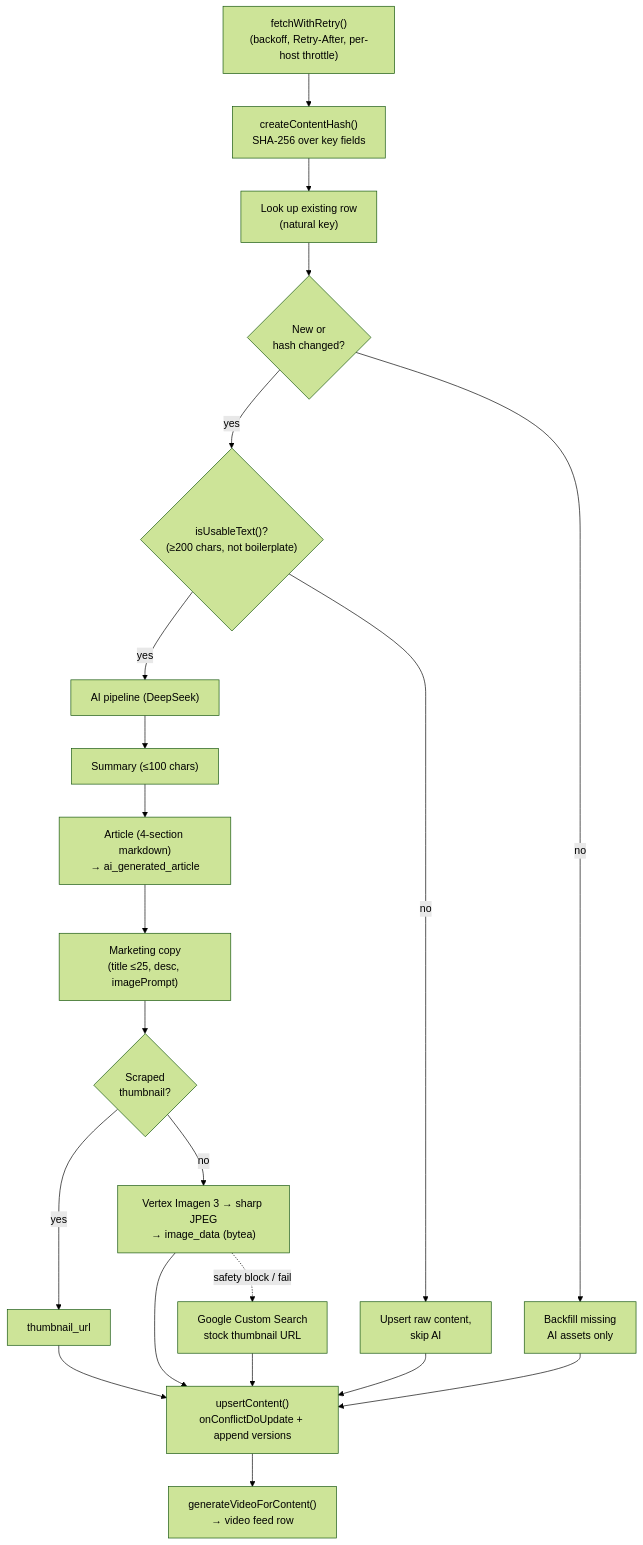
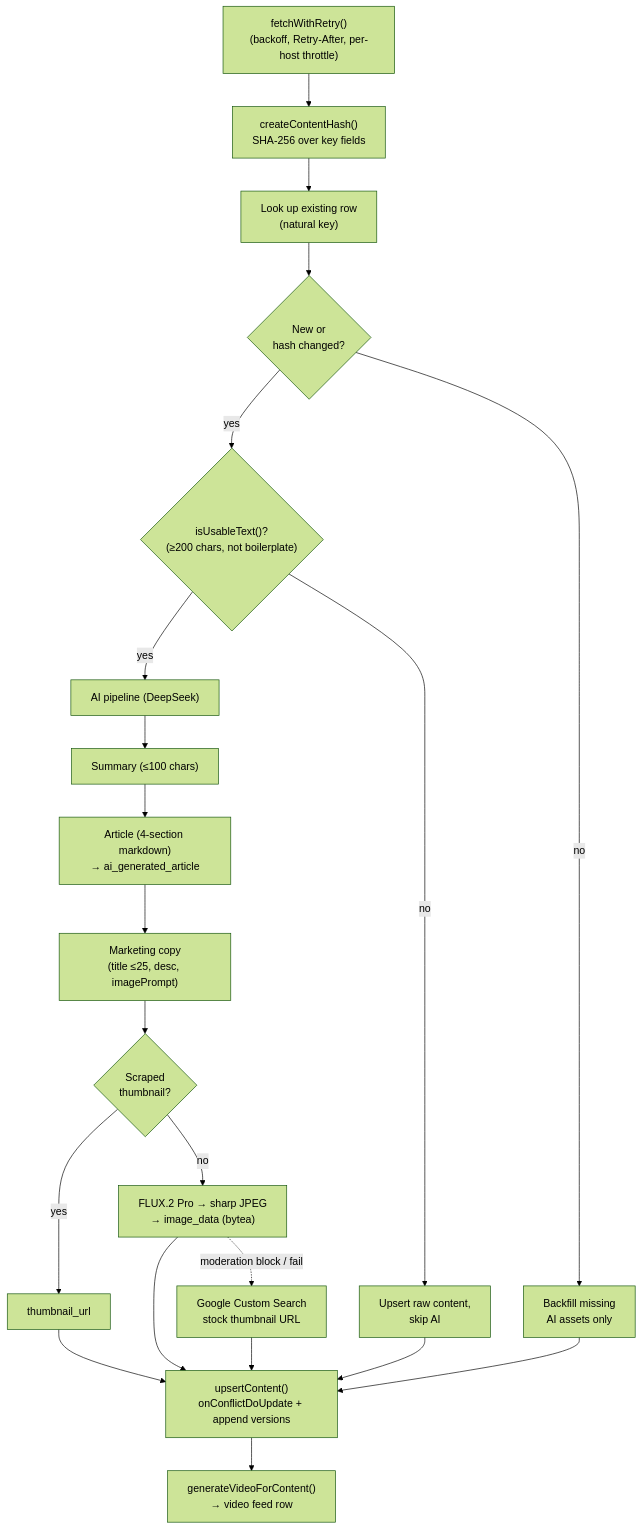
Before and after one commit to billion-app/billion: the diagram in docs/scraper.md, drawn with Mermaid (forest theme). The commit also changed other lines of this file and 1 other file, not shown here.

````diff
--- a/docs/scraper.md
+++ b/docs/scraper.md
@@ -53,27 +61,27 @@
 ```mermaid
 flowchart TD
     fetch["fetchWithRetry()<br/>(backoff, Retry-After, per-host throttle)"] --> hash["createContentHash()<br/>SHA-256 over key fields"]
     hash --> lookup["Look up existing row<br/>(natural key)"]
     lookup --> changed{"New or<br/>hash changed?"}
 
     changed -->|no| backfill["Backfill missing<br/>AI assets only"]
     changed -->|yes| usable{"isUsableText()?<br/>(≥200 chars, not boilerplate)"}
     usable -->|no| skipai["Upsert raw content,<br/>skip AI"]
     usable -->|yes| ai["AI pipeline (DeepSeek)"]
 
     ai --> summary["Summary (≤100 chars)"]
     summary --> article["Article (4-section markdown)<br/>→ ai_generated_article"]
     article --> marketing["Marketing copy<br/>(title ≤25, desc, imagePrompt)"]
     marketing --> img{"Scraped<br/>thumbnail?"}
 
     img -->|yes| thumburl["thumbnail_url"]
-    img -->|no| imagen["Vertex Imagen 3 → sharp JPEG<br/>→ image_data (bytea)"]
-    imagen -.->|safety block / fail| stock["Google Custom Search<br/>stock thumbnail URL"]
+    img -->|no| flux["FLUX.2 Pro → sharp JPEG<br/>→ image_data (bytea)"]
+    flux -.->|moderation block / fail| stock["Google Custom Search<br/>stock thumbnail URL"]
 
     thumburl --> upsert["upsertContent()<br/>onConflictDoUpdate + append versions"]
-    imagen --> upsert
+    flux --> upsert
     stock --> upsert
     skipai --> upsert
     backfill --> upsert
     upsert --> video["generateVideoForContent()<br/>→ video feed row"]
 ```
````
